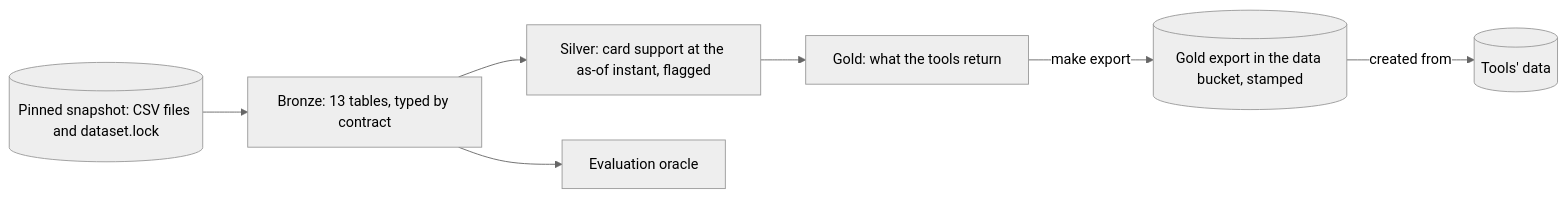
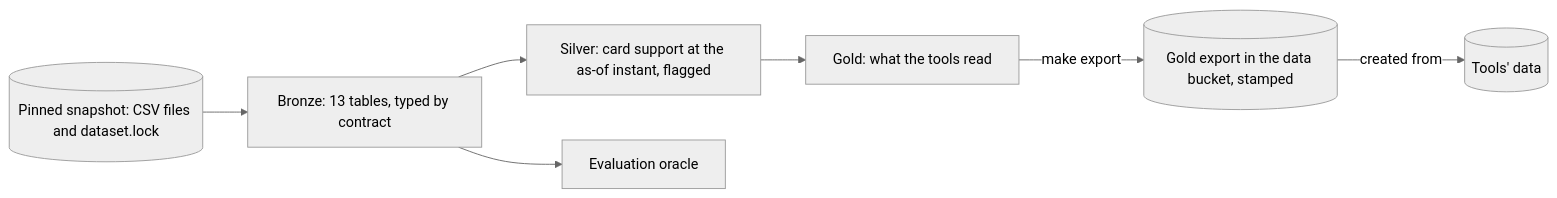
One commit to gafnts/factored-hackathon-2026-gafnts changed the diagram in docs/adr/0006-batch-medallion-pipeline.md. Above: the diagram before and after it, drawn with Mermaid (neutral theme). The commit also changed other lines of this file, not shown here.

````diff
--- a/docs/adr/0006-batch-medallion-pipeline.md
+++ b/docs/adr/0006-batch-medallion-pipeline.md
@@ -24,12 +24,12 @@
 ```mermaid
 flowchart LR
   SNAP[("Pinned snapshot: CSV files and dataset.lock")]
   BR["Bronze: 13 tables, typed by contract"]
   SI["Silver: card support at the as-of instant, flagged"]
-  GO["Gold: what the tools return"]
+  GO["Gold: what the tools read"]
   EXP[("Gold export in the data bucket, stamped")]
   TD[("Tools' data")]
   OR["Evaluation oracle"]
   SNAP --> BR --> SI --> GO -->|"make export"| EXP -->|"created from"| TD
   BR --> OR
 ```
````
